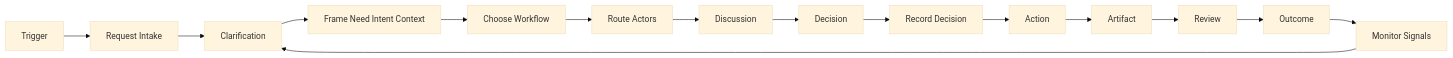
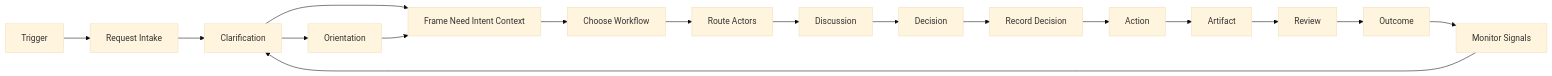
Before and after one commit to popcoondev/ai-organization-framework: the first of 2 diagrams in docs/runtime-sdk.md, drawn with Mermaid (base theme). The commit also changed other lines of this file and 3 other files, not shown here.

````diff
--- a/docs/runtime-sdk.md
+++ b/docs/runtime-sdk.md
@@ -113,20 +119,22 @@
 ```mermaid
 flowchart LR
     trigger[Trigger]
     intake[Request Intake]
     clarify[Clarification]
+    orient[Orientation]
     frame[Frame Need Intent Context]
     choose[Choose Workflow]
     route[Route Actors]
     discuss[Discussion]
     decide[Decision]
     record[Record Decision]
     act[Action]
     artifact[Artifact]
     review[Review]
     outcome[Outcome]
     monitor[Monitor Signals]
 
     trigger --> intake --> clarify --> frame --> choose --> route --> discuss --> decide --> record --> act --> artifact --> review --> outcome --> monitor
+    clarify --> orient --> frame
     monitor --> clarify
 ```
````
